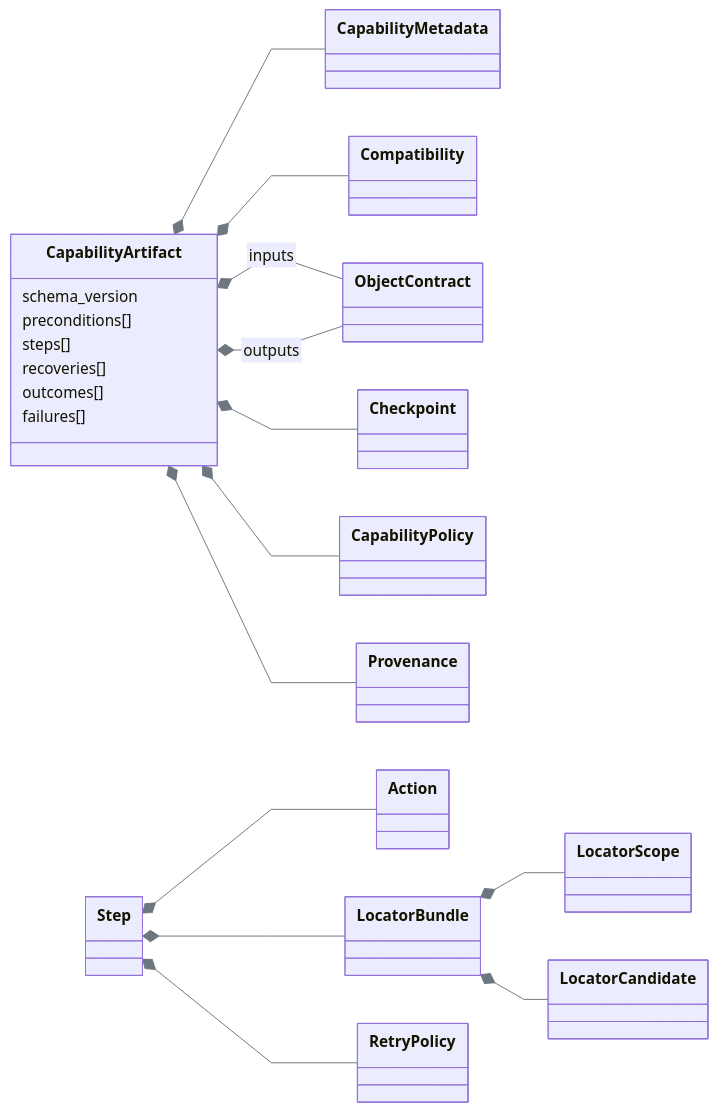
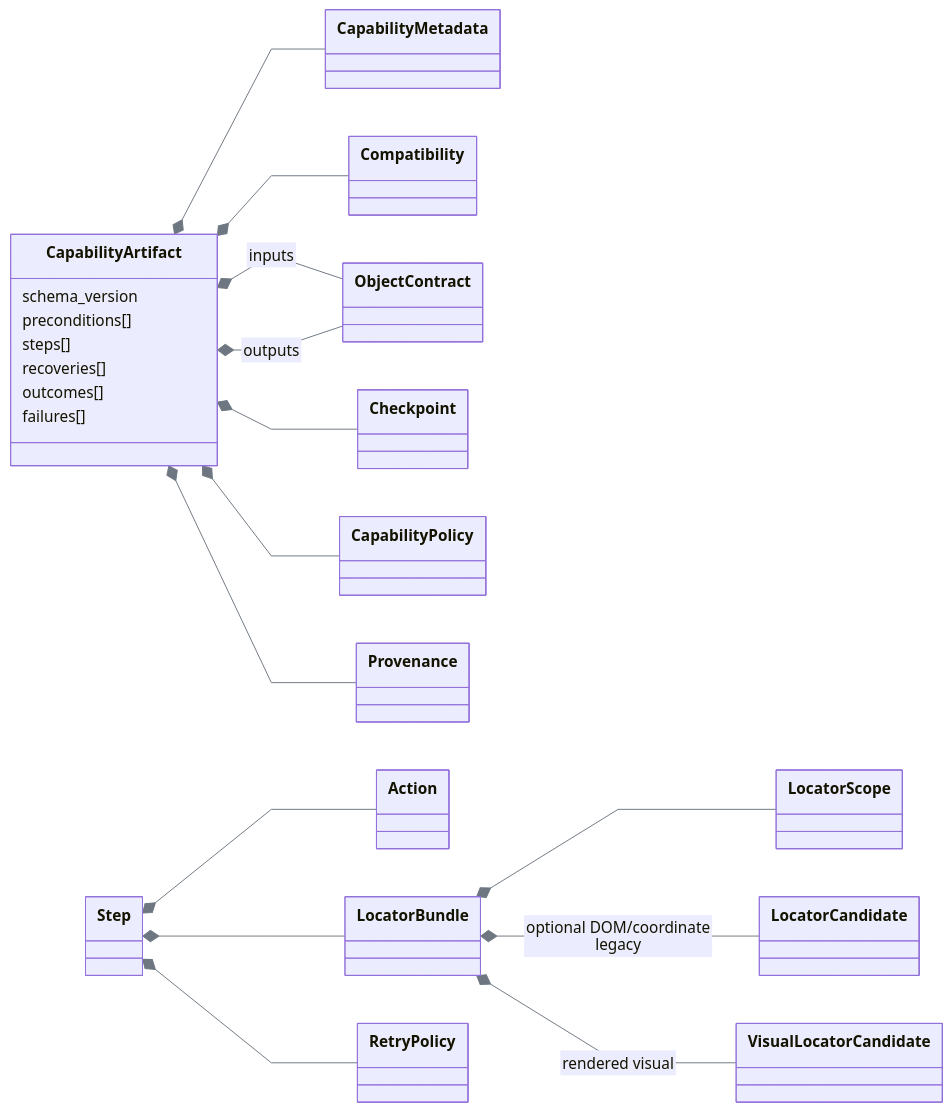
Before and after one commit to SivaTSS/replay-forge: the second of 6 diagrams in docs/data-models.md, drawn with Mermaid. The commit also changed other lines of this file and 9 other files, not shown here.

````diff
--- a/docs/data-models.md
+++ b/docs/data-models.md
@@ -45,26 +45,27 @@
 ```mermaid
 %%{init: {"htmlLabels":false,"themeVariables":{"lineColor":"#6E7781","signalColor":"#6E7781"},"flowchart":{"curve":"linear"},"sequence":{"wrap":true}}}%%
 classDiagram
     direction LR
     class CapabilityArtifact {
       schema_version
       preconditions[]
       steps[]
       recoveries[]
       outcomes[]
       failures[]
     }
     CapabilityArtifact *-- CapabilityMetadata
     CapabilityArtifact *-- Compatibility
     CapabilityArtifact *-- ObjectContract : inputs
     CapabilityArtifact *-- ObjectContract : outputs
     CapabilityArtifact *-- Checkpoint
     CapabilityArtifact *-- CapabilityPolicy
     CapabilityArtifact *-- Provenance
     Step *-- Action
     Step *-- LocatorBundle
     Step *-- RetryPolicy
     LocatorBundle *-- LocatorScope
-    LocatorBundle *-- LocatorCandidate
+    LocatorBundle *-- LocatorCandidate : optional DOM/coordinate legacy
+    LocatorBundle *-- VisualLocatorCandidate : rendered visual
 
 ```
````
